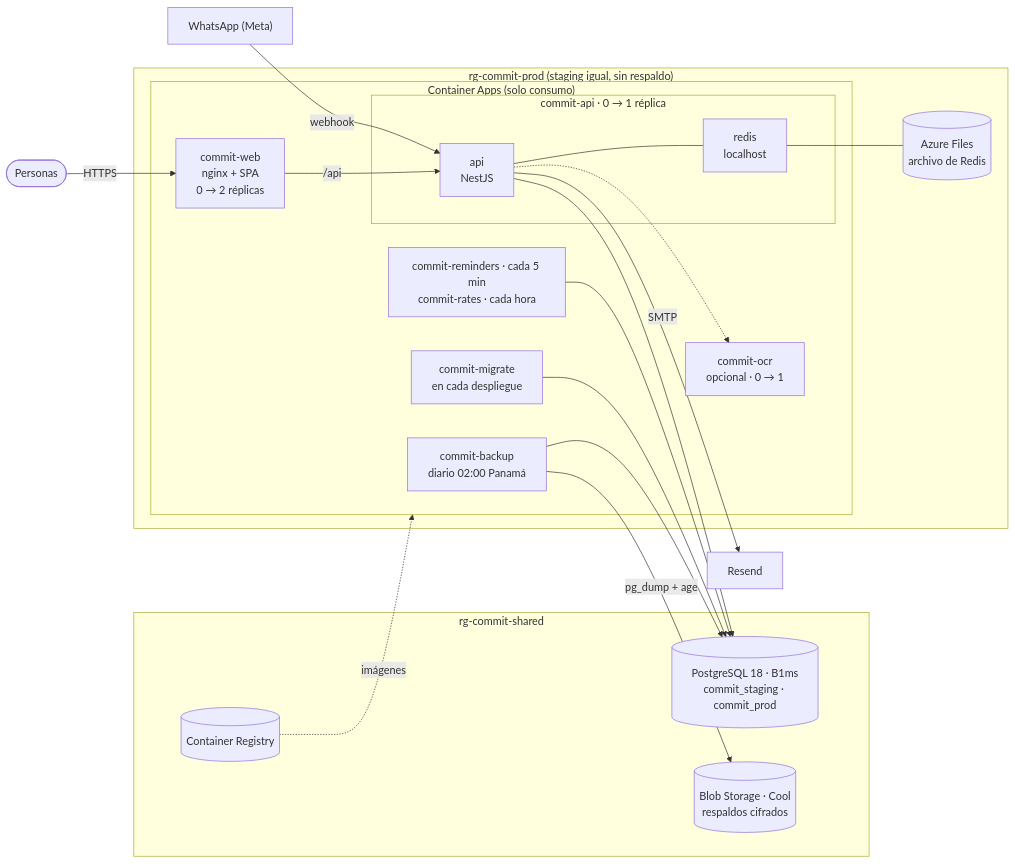
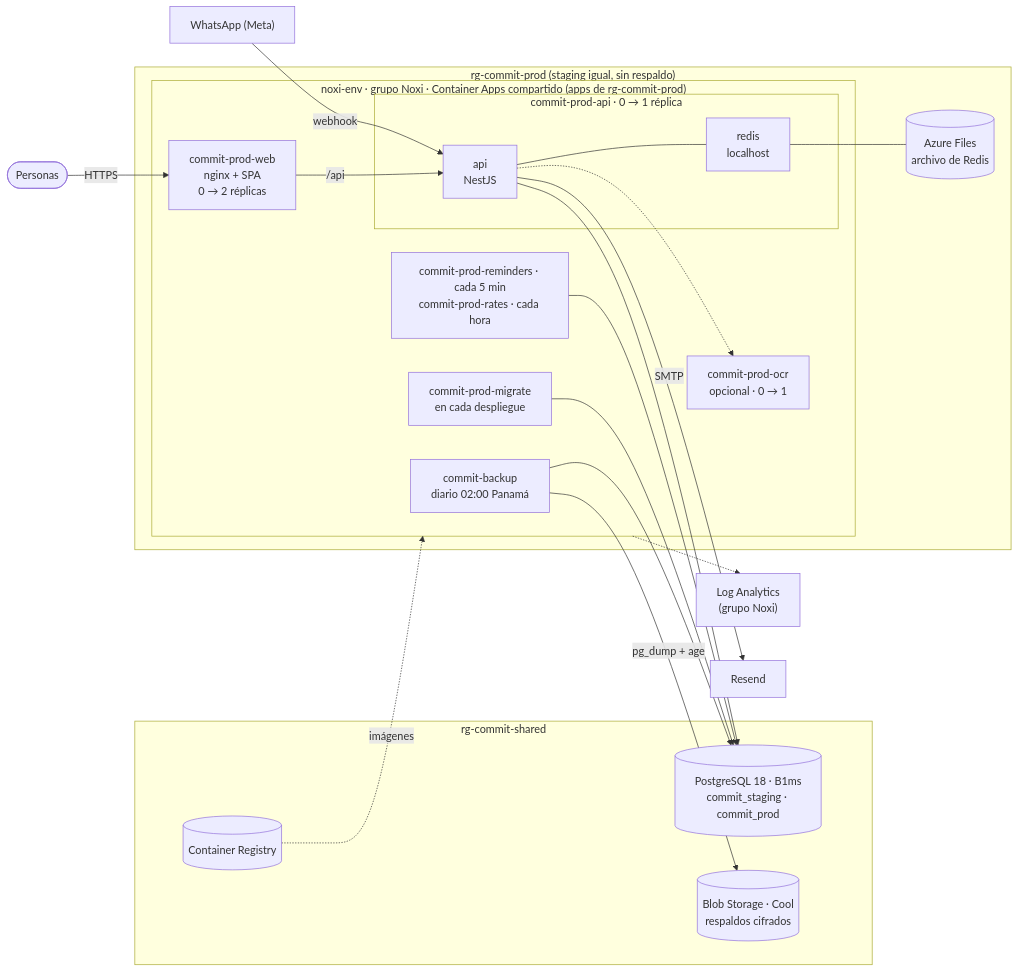
One commit to dotforeach/commit changed the first of 2 diagrams in docs/despliegue-azure.md. Above: the diagram before and after it, drawn with Mermaid. The commit also changed other lines of this file and 8 other files, not shown here.

First line of the commit message:
Azure: ambiente compartido noxi-env (límite de 1 por suscripción), North Central US y correcciones del primer despliegue

````diff
--- a/docs/despliegue-azure.md
+++ b/docs/despliegue-azure.md
@@ -7,38 +7,39 @@
 ```mermaid
 flowchart LR
     U(["Personas"]) -->|HTTPS| WEB
     META["WhatsApp (Meta)"] -->|webhook| API
 
     subgraph shared["rg-commit-shared"]
         ACR[("Container Registry")]
         PG[("PostgreSQL 18 · B1ms<br/>commit_staging · commit_prod")]
         BAK[("Blob Storage · Cool<br/>respaldos cifrados")]
     end
 
     subgraph env["rg-commit-prod (staging igual, sin respaldo)"]
-        subgraph cae["Container Apps (solo consumo)"]
-            WEB["commit-web<br/>nginx + SPA<br/>0 → 2 réplicas"]
-            subgraph apiapp["commit-api · 0 → 1 réplica"]
+        subgraph cae["noxi-env · grupo Noxi · Container Apps compartido (apps de rg-commit-prod)"]
+            WEB["commit-prod-web<br/>nginx + SPA<br/>0 → 2 réplicas"]
+            subgraph apiapp["commit-prod-api · 0 → 1 réplica"]
                 API["api<br/>NestJS"]
                 RD["redis<br/>localhost"]
             end
-            OCR["commit-ocr<br/>opcional · 0 → 1"]
-            CRON["commit-reminders · cada 5 min<br/>commit-rates · cada hora"]
-            JOB["commit-migrate<br/>en cada despliegue"]
+            OCR["commit-prod-ocr<br/>opcional · 0 → 1"]
+            CRON["commit-prod-reminders · cada 5 min<br/>commit-prod-rates · cada hora"]
+            JOB["commit-prod-migrate<br/>en cada despliegue"]
             BJ["commit-backup<br/>diario 02:00 Panamá"]
         end
         FILES[("Azure Files<br/>archivo de Redis")]
     end
 
     WEB -->|/api| API
     API --- RD
     RD --- FILES
     API --> PG
     API -.-> OCR
     CRON --> PG
     JOB --> PG
     BJ -->|pg_dump + age| BAK
     BJ --> PG
     ACR -. imágenes .-> cae
+    cae -.-> LOGS["Log Analytics<br/>(grupo Noxi)"]
     API -->|SMTP| MAIL["Resend"]
 ```
````
